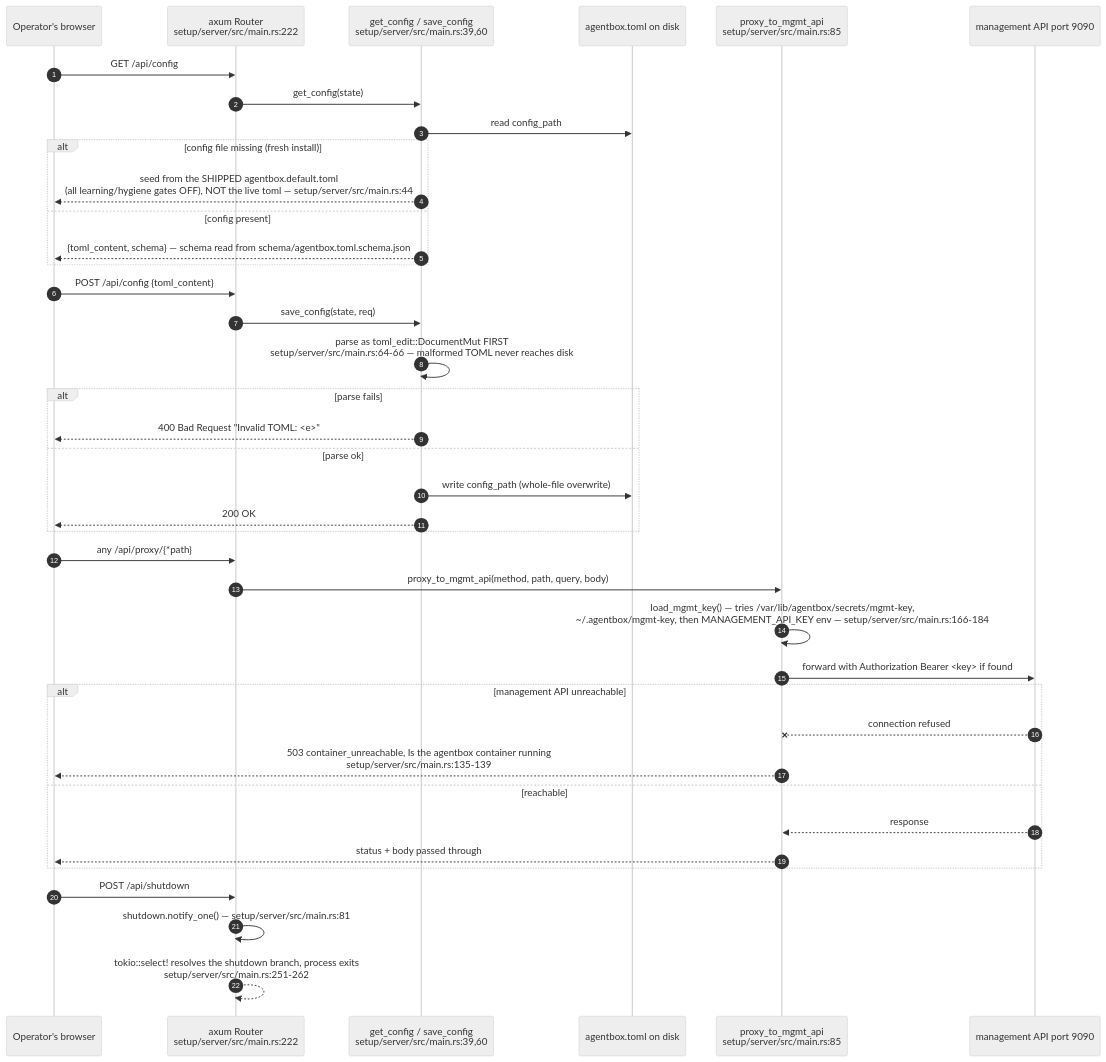
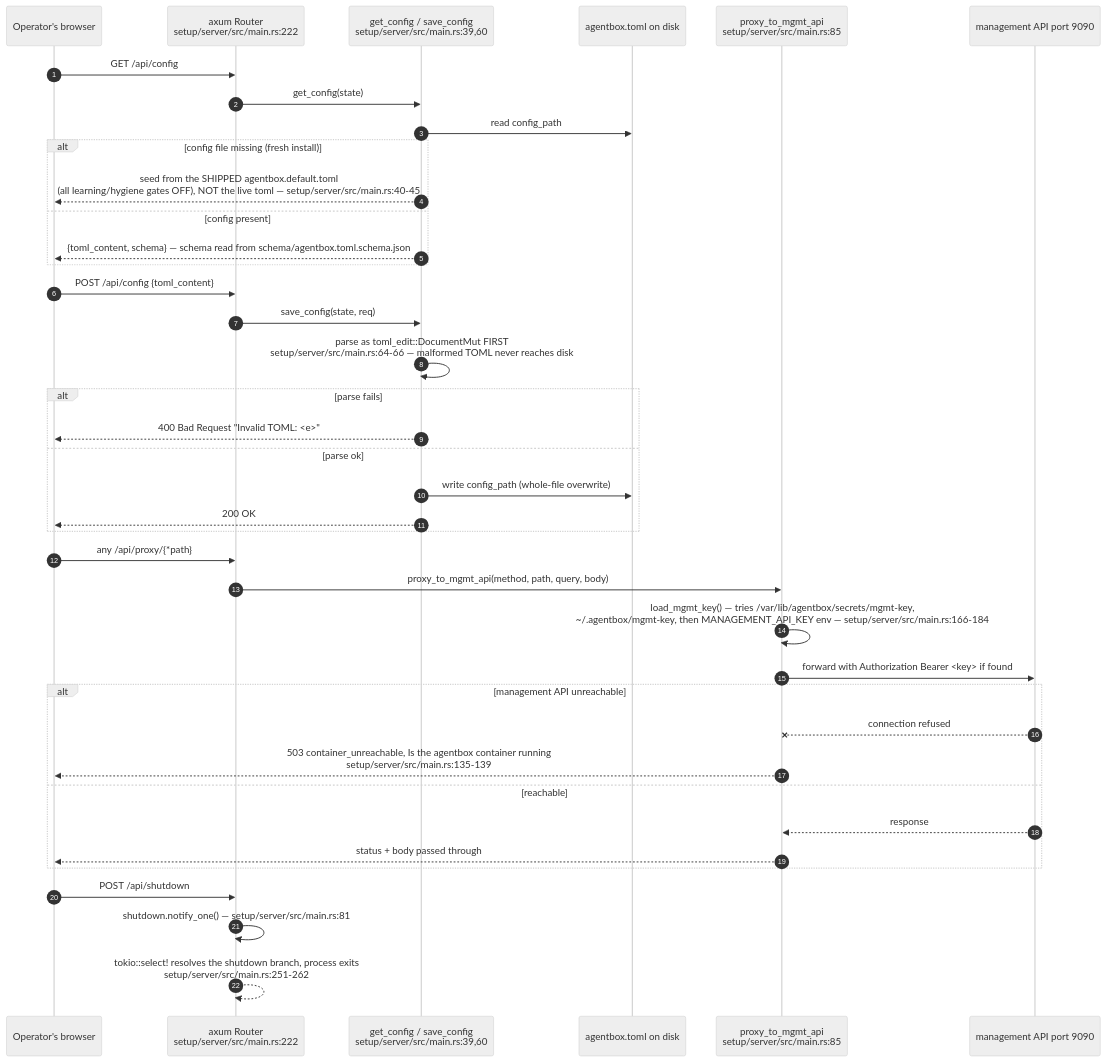
One commit to DreamLab-AI/VisionFlow changed the second of 3 diagrams in docs/diagrams/agentbox/30-supporting-services-secret-backup-setup-https-bridge.md. Above: the diagram before and after it, drawn with Mermaid (neutral theme). The commit also changed other lines of this file and 80 other files, not shown here.

First line of the commit message:
docs(diagrams): re-verify the agentbox, dreamlab, estate and visionflow corpus against current sources

````diff
--- a/docs/diagrams/agentbox/30-supporting-services-secret-backup-setup-https-bridge.md
+++ b/docs/diagrams/agentbox/30-supporting-services-secret-backup-setup-https-bridge.md
@@ -49,42 +49,42 @@
 ```mermaid
 sequenceDiagram
     autonumber
     participant OP as Operator's browser
     participant AX as axum Router<br/>setup/server/src/main.rs:222
     participant CFG as get_config / save_config<br/>setup/server/src/main.rs:39,60
     participant DISK as agentbox.toml on disk
     participant PROXY as proxy_to_mgmt_api<br/>setup/server/src/main.rs:85
     participant MGMT as management API port 9090
 
     OP->>AX: GET /api/config
     AX->>CFG: get_config(state)
     CFG->>DISK: read config_path
     alt config file missing (fresh install)
-        CFG-->>OP: seed from the SHIPPED agentbox.default.toml<br/>#40;all learning/hygiene gates OFF#41;, NOT the live toml — setup/server/src/main.rs:44
+        CFG-->>OP: seed from the SHIPPED agentbox.default.toml<br/>#40;all learning/hygiene gates OFF#41;, NOT the live toml — setup/server/src/main.rs:40-45
     else config present
         CFG-->>OP: {toml_content, schema} — schema read from schema/agentbox.toml.schema.json
     end
     OP->>AX: POST /api/config {toml_content}
     AX->>CFG: save_config(state, req)
     CFG->>CFG: parse as toml_edit::DocumentMut FIRST<br/>setup/server/src/main.rs:64-66 — malformed TOML never reaches disk
     alt parse fails
         CFG-->>OP: 400 Bad Request "Invalid TOML: <e>"
     else parse ok
         CFG->>DISK: write config_path (whole-file overwrite)
         CFG-->>OP: 200 OK
     end
     OP->>AX: any /api/proxy/{*path}
     AX->>PROXY: proxy_to_mgmt_api(method, path, query, body)
     PROXY->>PROXY: load_mgmt_key#40;#41; — tries /var/lib/agentbox/secrets/mgmt-key,<br/>~/.agentbox/mgmt-key, then MANAGEMENT_API_KEY env — setup/server/src/main.rs:166-184
     PROXY->>MGMT: forward with Authorization Bearer <key> if found
     alt management API unreachable
         MGMT--xPROXY: connection refused
         PROXY-->>OP: 503 container_unreachable, Is the agentbox container running<br/>setup/server/src/main.rs:135-139
     else reachable
         MGMT-->>PROXY: response
         PROXY-->>OP: status + body passed through
     end
     OP->>AX: POST /api/shutdown
     AX->>AX: shutdown.notify_one#40;#41; — setup/server/src/main.rs:81
     AX-->>AX: tokio::select! resolves the shutdown branch, process exits<br/>setup/server/src/main.rs:251-262
 ```
````
